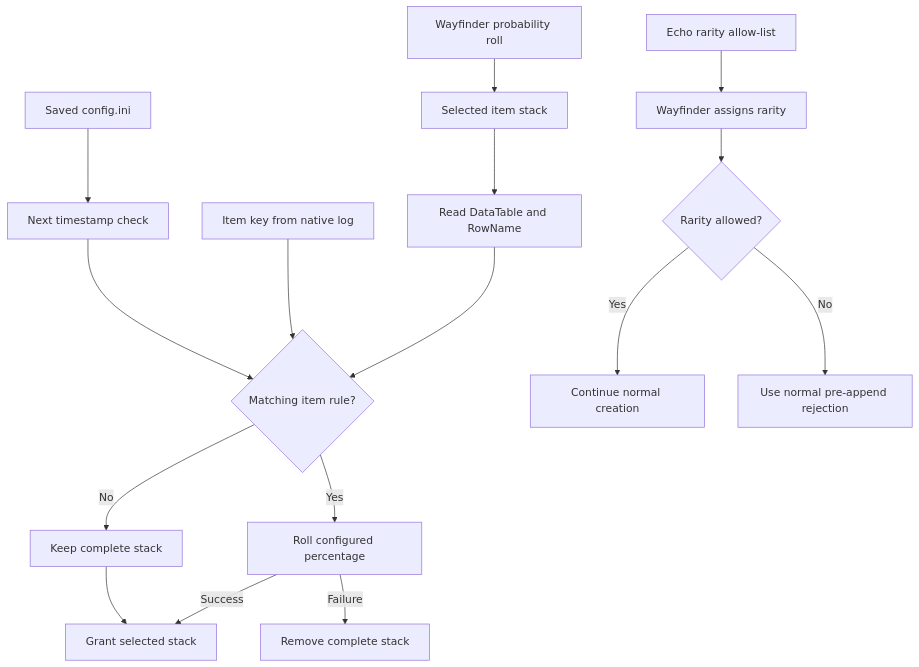
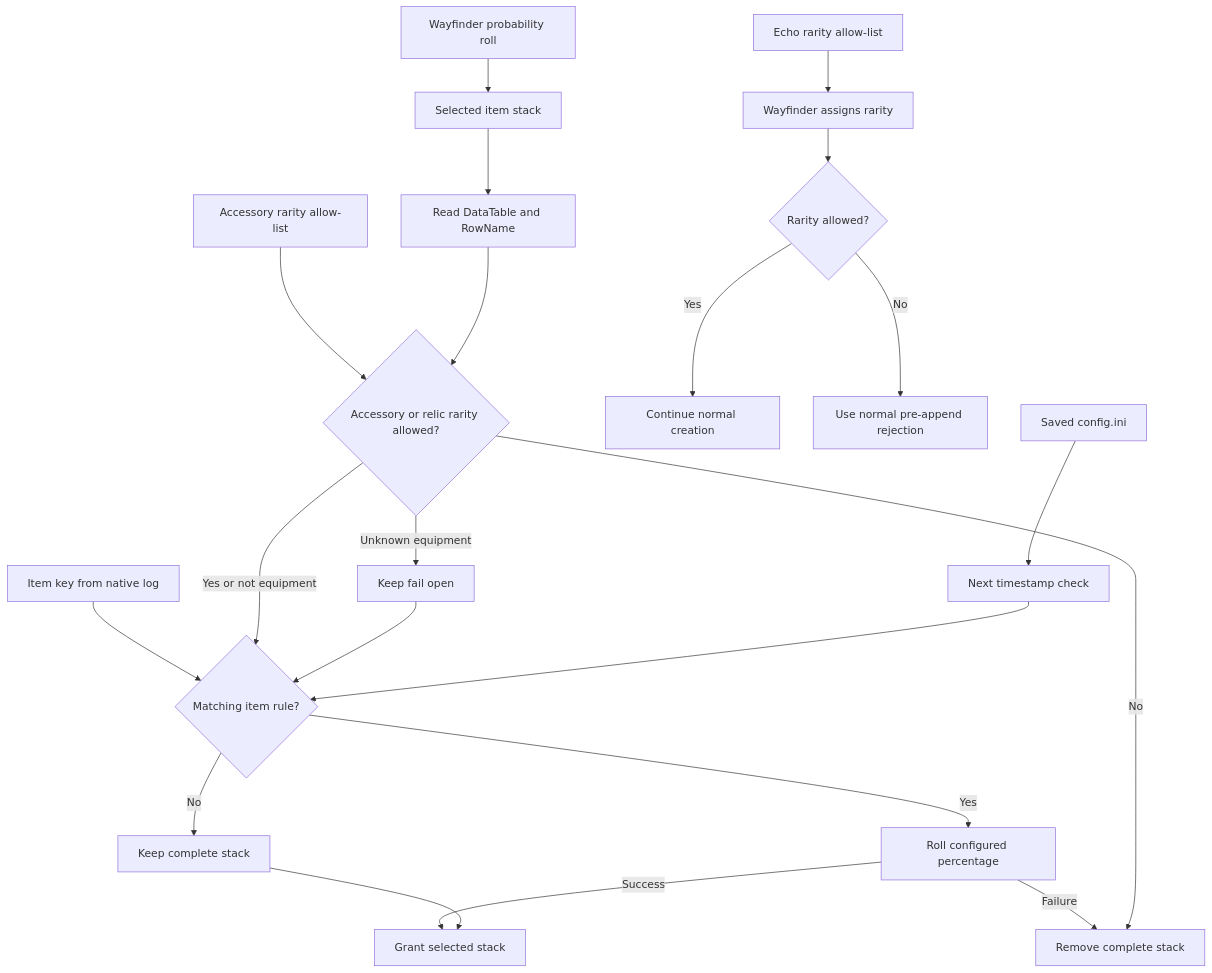
Before and after one commit to TheAngryByrd/Wayfinder-Mods: the first of 2 diagrams in lode/loot/item-filtering.md, drawn with Mermaid. The commit also changed other lines of this file and 6 other files, not shown here.

Commit message:
Add accessory rarity filtering

````diff
--- a/lode/loot/item-filtering.md
+++ b/lode/loot/item-filtering.md
@@ -9,18 +11,23 @@
 ```mermaid
 flowchart TD
     Roll[Wayfinder probability roll] --> Selected[Selected item stack]
     Selected --> Identify[Read DataTable and RowName]
-    Identify --> Rule{Matching item rule?}
     Diagnostic[Item key from native log] --> Rule
     Rule -->|No| Keep[Keep complete stack]
     Rule -->|Yes| ItemRoll[Roll configured percentage]
     ItemRoll -->|Success| Grant[Grant selected stack]
     ItemRoll -->|Failure| Remove[Remove complete stack]
     Keep --> Grant
+    AccessoryConfig[Accessory rarity allow-list] --> AccessoryDecision{Accessory or relic rarity allowed?}
+    Identify --> AccessoryDecision
+    AccessoryDecision -->|Yes or not equipment| Rule{Matching item rule?}
+    AccessoryDecision -->|No| Remove
+    AccessoryDecision -->|Unknown equipment| KeepOpen[Keep fail open]
+    KeepOpen --> Rule
     EchoConfig[Echo rarity allow-list] --> EchoRoll[Wayfinder assigns rarity]
     EchoRoll --> EchoDecision{Rarity allowed?}
     EchoDecision -->|Yes| EchoKeep[Continue normal creation]
     EchoDecision -->|No| EchoReject[Use normal pre-append rejection]
     Config[Saved config.ini] --> Reload[Next timestamp check]
     Reload --> Rule
 ```
````
